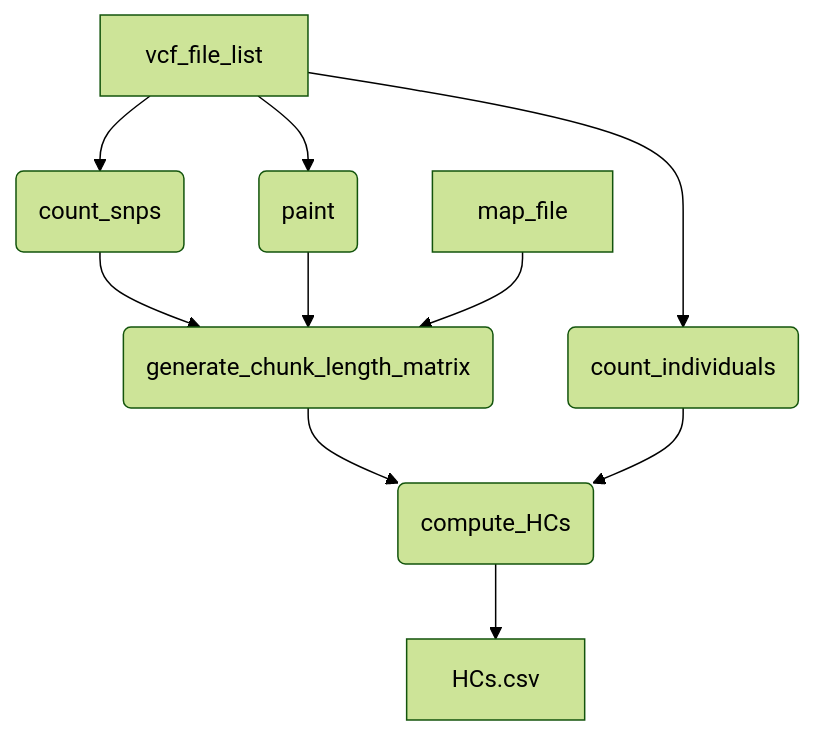
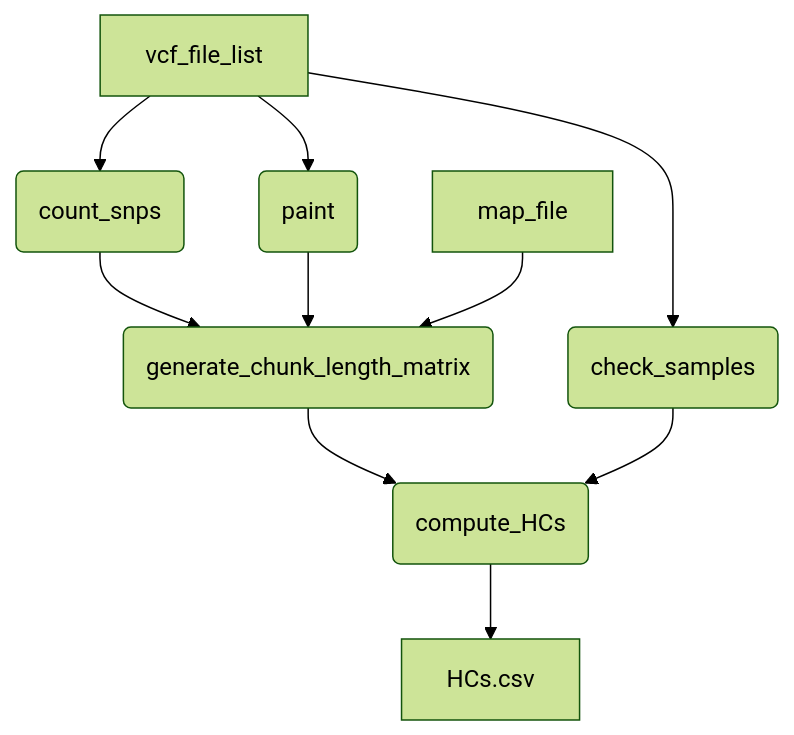
The diagram in README.md (MRCIEU/pipeline-nf-haplotype-components), drawn with Mermaid (forest theme) before and after one commit. The commit also changed other lines of this file and 5 other files, not shown here.

````diff
--- a/README.md
+++ b/README.md
@@ -21,12 +21,12 @@
 ```mermaid
 flowchart TD
     A[vcf_file_list] --> B(count_snps)
     A --> C(paint)
-    A --> D(count_individuals)
+    A --> D(check_samples)
     B --> E(generate_chunk_length_matrix)
     C --> E
     G[map_file] --> E
     E --> F(compute_HCs)
     D --> F
     F --> H[HCs.csv]
 ```
````
